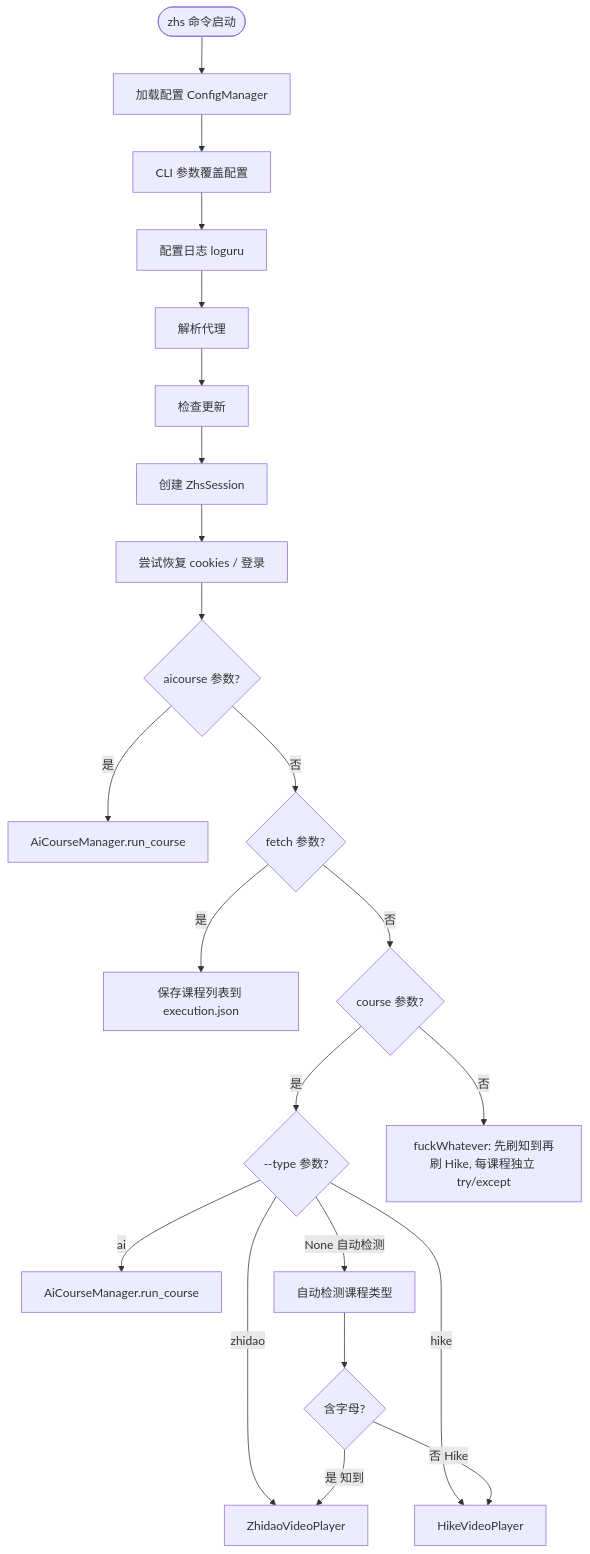
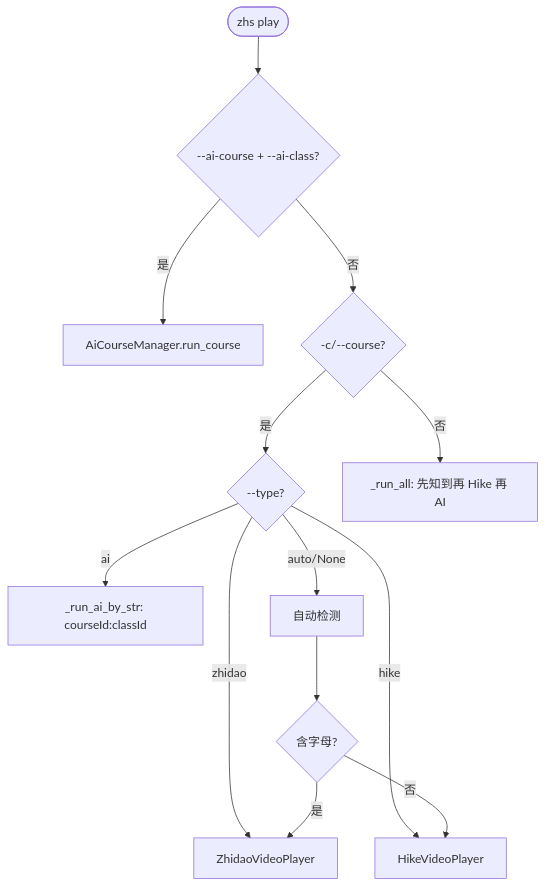
Before and after one commit to pjm314159/zhs: the ninth of 15 diagrams in docs/design.md, drawn with Mermaid. The commit also changed other lines of this file and 29 other files, not shown here.

````diff
--- a/docs/design.md
+++ b/docs/design.md
@@ -1274,25 +1669,15 @@
 ```mermaid
 flowchart TD
-    Start([zhs 命令启动]) --> LoadConfig[加载配置 ConfigManager]
-    LoadConfig --> Override[CLI 参数覆盖配置]
-    Override --> SetupLog[配置日志 loguru]
-    SetupLog --> ParseProxy[解析代理]
-    ParseProxy --> CheckUpdate[检查更新]
-    CheckUpdate --> CreateSession[创建 ZhsSession]
-    CreateSession --> Login[尝试恢复 cookies / 登录]
-
-    Login --> CheckAI{aicourse 参数?}
+    Play([zhs play]) --> CheckAI{--ai-course + --ai-class?}
     CheckAI -->|是| AiRun[AiCourseManager.run_course]
-    CheckAI -->|否| CheckFetch{fetch 参数?}
-    CheckFetch -->|是| SaveList[保存课程列表到 execution.json]
-    CheckFetch -->|否| CheckCourse{course 参数?}
-    CheckCourse -->|是| TypeOverride{--type 参数?}
+    CheckAI -->|否| CheckCourse{-c/--course?}
+    CheckCourse -->|是| TypeOverride{--type?}
     TypeOverride -->|zhidao| ZhidaoPlay[ZhidaoVideoPlayer]
     TypeOverride -->|hike| HikePlay[HikeVideoPlayer]
-    TypeOverride -->|ai| AiRun2[AiCourseManager.run_course]
-    TypeOverride -->|None 自动检测| DetectType[自动检测课程类型]
+    TypeOverride -->|ai| AiPlay[_run_ai_by_str: courseId:classId]
+    TypeOverride -->|auto/None| DetectType[自动检测]
     DetectType --> ZhidaoOrHike{含字母?}
-    ZhidaoOrHike -->|是 知到| ZhidaoPlay
-    ZhidaoOrHike -->|否 Hike| HikePlay
-    CheckCourse -->|否| FuckAll[fuckWhatever: 先刷知到再刷 Hike, 每课程独立 try/except]
+    ZhidaoOrHike -->|是| ZhidaoPlay
+    ZhidaoOrHike -->|否| HikePlay
+    CheckCourse -->|否| FuckAll[_run_all: 先知到再 Hike 再 AI]
 ```
````
